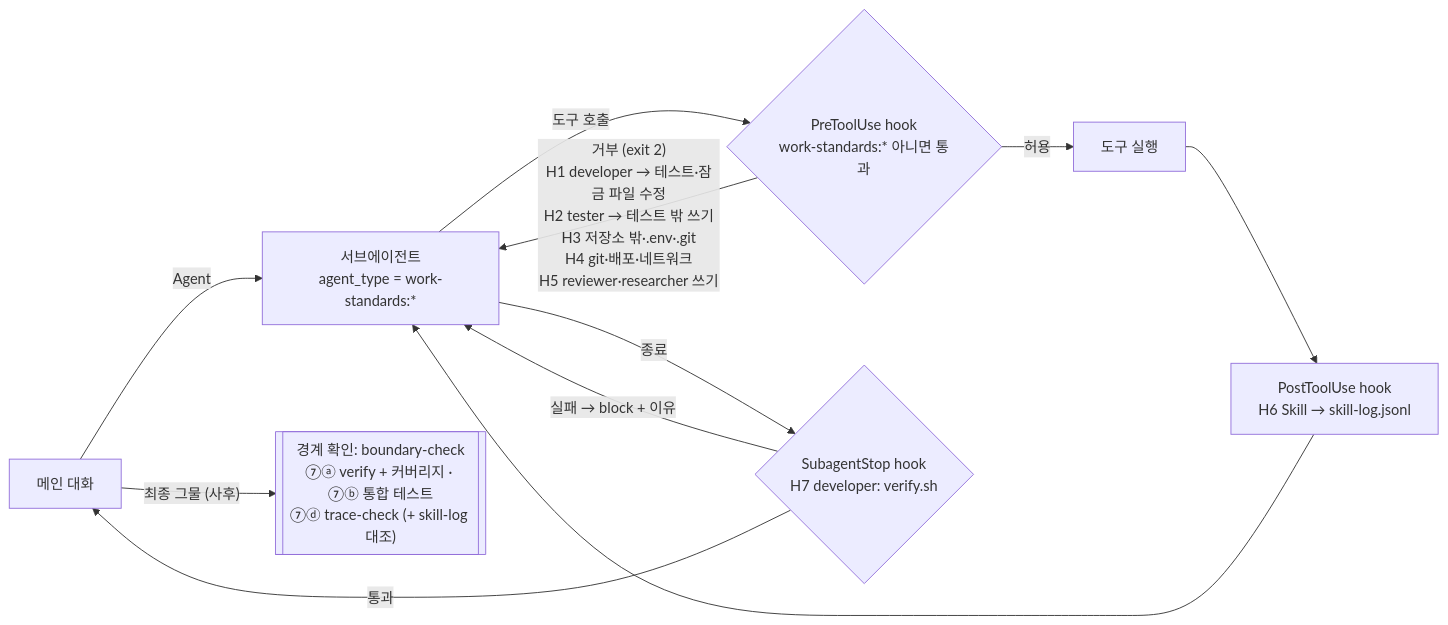
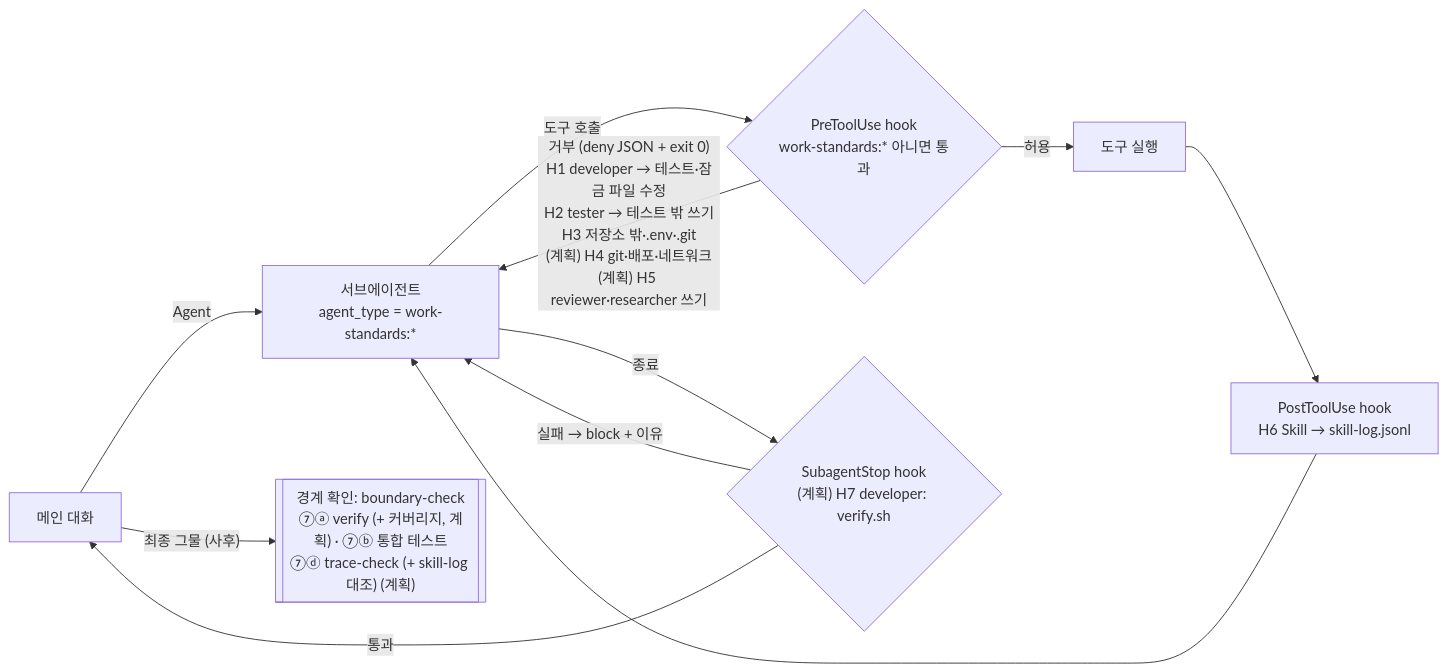
Before and after one commit to yarang/skills-for-work: the diagram in developer/docs/diagrams/hook-enforcement.mmd, drawn with Mermaid. The commit also changed 12 other files, not shown here.

```diff
--- a/developer/docs/diagrams/hook-enforcement.mmd
+++ b/developer/docs/diagrams/hook-enforcement.mmd
@@ -1,12 +1,12 @@
 %% hook 개입 지점: 호출 전(PreToolUse) 가드레일 + 사후(경계 확인·⑦ 스크립트) 최종 그물
 flowchart LR
   M["메인 대화"] -->|"Agent"| SA["서브에이전트<br/>agent_type = work-standards:*"]
   SA -->|"도구 호출"| PRE{"PreToolUse hook<br/>work-standards:* 아니면 통과"}
-  PRE -- "거부 (exit 2)<br/>H1 developer → 테스트·잠금 파일 수정<br/>H2 tester → 테스트 밖 쓰기<br/>H3 저장소 밖·.env·.git<br/>H4 git·배포·네트워크<br/>H5 reviewer·researcher 쓰기" --> SA
+  PRE -- "거부 (deny JSON + exit 0)<br/>H1 developer → 테스트·잠금 파일 수정<br/>H2 tester → 테스트 밖 쓰기<br/>H3 저장소 밖·.env·.git<br/>(계획) H4 git·배포·네트워크<br/>(계획) H5 reviewer·researcher 쓰기" --> SA
   PRE -- 허용 --> TOOL["도구 실행"]
   TOOL --> POST["PostToolUse hook<br/>H6 Skill → skill-log.jsonl"]
   POST --> SA
-  SA -->|"종료"| STOP{"SubagentStop hook<br/>H7 developer: verify.sh"}
+  SA -->|"종료"| STOP{"SubagentStop hook<br/>(계획) H7 developer: verify.sh"}
   STOP -- "실패 → block + 이유" --> SA
   STOP -- 통과 --> M
-  M -->|"최종 그물 (사후)"| VER[["경계 확인: boundary-check<br/>⑦ⓐ verify + 커버리지 · ⑦ⓑ 통합 테스트<br/>⑦ⓓ trace-check (+ skill-log 대조)"]]
+  M -->|"최종 그물 (사후)"| VER[["경계 확인: boundary-check<br/>⑦ⓐ verify (+ 커버리지, 계획) · ⑦ⓑ 통합 테스트<br/>⑦ⓓ trace-check (+ skill-log 대조) (계획)"]]
```
